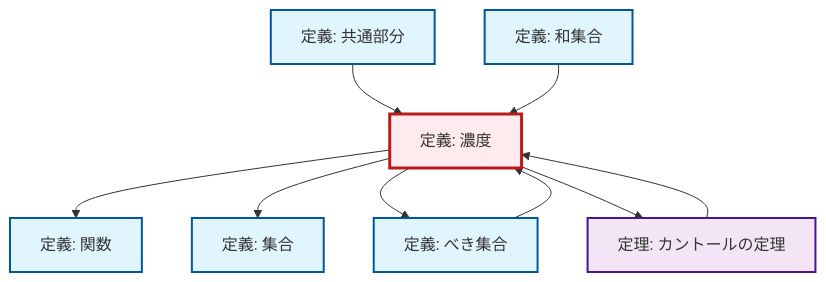
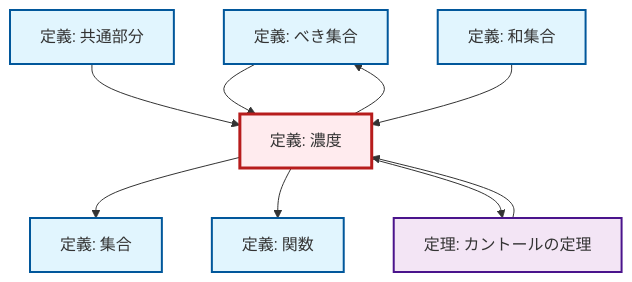
One commit to RK0429/ModernMath changed the diagram in content/ja/logic-set-theory/def-cardinality.qmd. Above: the diagram before and after it, drawn with Mermaid. The commit also changed 672 other files, not shown here.

````diff
--- a/content/ja/logic-set-theory/def-cardinality.qmd
+++ b/content/ja/logic-set-theory/def-cardinality.qmd
@@ -86,31 +86,31 @@
 ```{mermaid}
-%%| fig-cap: "Local dependency graph"
+%%| fig-cap: "ローカル依存関係グラフ"
 graph TD
     classDef definition fill:#e1f5fe,stroke:#01579b,stroke-width:2px
     classDef theorem fill:#f3e5f5,stroke:#4a148c,stroke-width:2px
     classDef axiom fill:#fff3e0,stroke:#e65100,stroke-width:2px
     classDef example fill:#e8f5e9,stroke:#1b5e20,stroke-width:2px
     classDef current fill:#ffebee,stroke:#b71c1c,stroke-width:3px
+    def-set["定義: 集合"]:::definition
+    def-power-set["定義: べき集合"]:::definition
+    thm-cantor["定理: カントールの定理"]:::theorem
+    def-intersection["定義: 共通部分"]:::definition
     def-union["定義: 和集合"]:::definition
-    def-set["定義: 集合"]:::definition
-    def-intersection["定義: 共通部分"]:::definition
     def-function["定義: 関数"]:::definition
     def-cardinality["定義: 濃度"]:::definition
-    thm-cantor["定理: カントールの定理"]:::theorem
-    def-power-set["定義: べき集合"]:::definition
-    def-cardinality --> def-function
     def-power-set --> def-cardinality
-    def-intersection --> def-cardinality
-    def-union --> def-cardinality
     def-cardinality --> def-set
     def-cardinality --> def-power-set
+    def-intersection --> def-cardinality
+    thm-cantor --> def-cardinality
+    def-union --> def-cardinality
+    def-cardinality --> def-function
     def-cardinality --> thm-cantor
-    thm-cantor --> def-cardinality
     class def-cardinality current
+    click def-set "def-set.html" "集合の定義へ"
+    click def-power-set "def-power-set.html" "べき集合の定義へ"
+    click thm-cantor "thm-cantor.html" "カントールの定理の定理へ"
+    click def-intersection "def-intersection.html" "共通部分の定義へ"
     click def-union "def-union.html" "和集合の定義へ"
-    click def-set "def-set.html" "集合の定義へ"
-    click def-intersection "def-intersection.html" "共通部分の定義へ"
     click def-function "def-function.html" "関数の定義へ"
-    click thm-cantor "thm-cantor.html" "カントールの定理の定理へ"
-    click def-power-set "def-power-set.html" "べき集合の定義へ"
 ```
````
